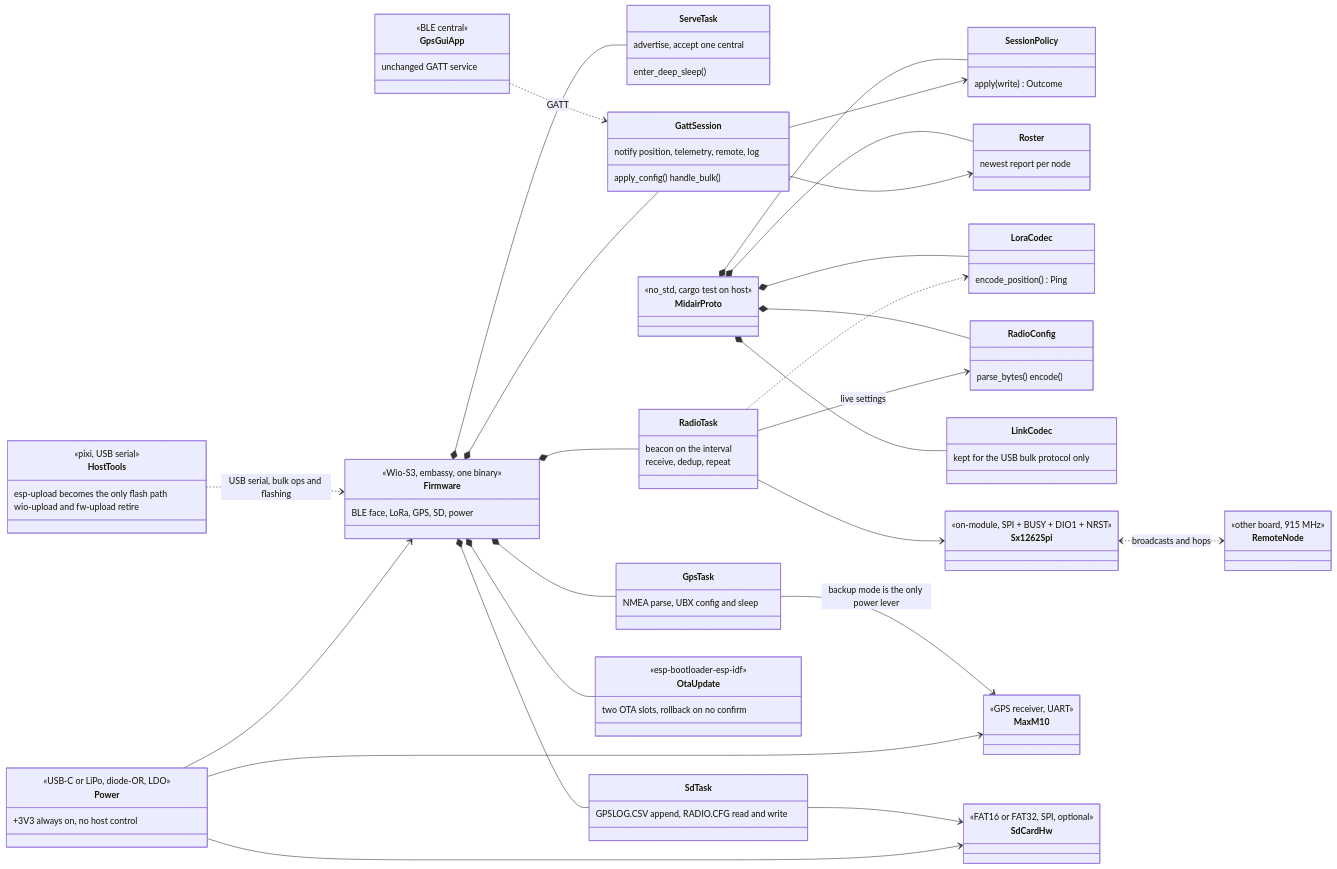
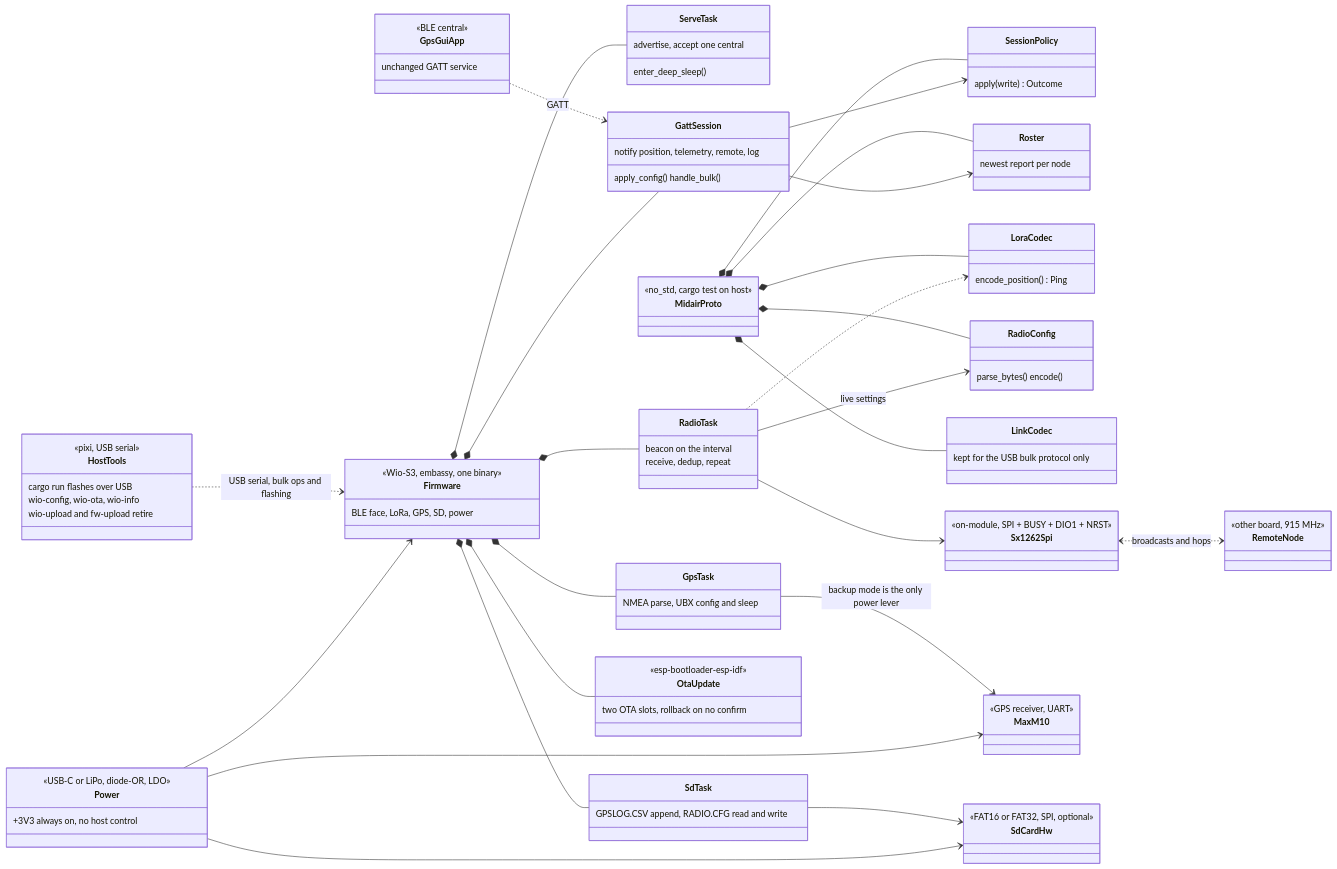
One commit to Telemety-In-Midair/telemetry-in-midair-rs changed the diagram in PORT-WIO-S3.md. Above: the diagram before and after it, drawn with Mermaid. The commit also changed other lines of this file and 4 other files, not shown here.

```diff
--- a/PORT-WIO-S3.md
+++ b/PORT-WIO-S3.md
@@ -45,7 +45,8 @@
     }
     class HostTools {
         <<pixi, USB serial>>
-        esp-upload becomes the only flash path
+        cargo run flashes over USB
+        wio-config, wio-ota, wio-info
         wio-upload and fw-upload retire
     }
     class RemoteNode {
```
